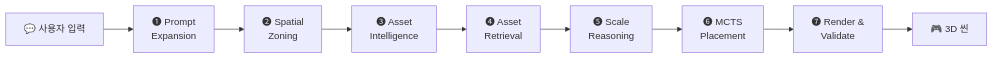
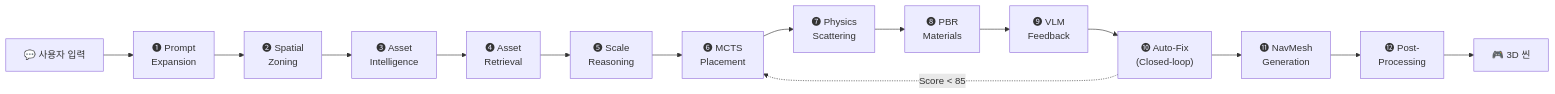
The third of 3 diagrams in README.md (Yesol-Pilot/WebPilot-Engine), drawn with Mermaid before and after one commit. The commit also changed other lines of this file and 46 other files, not shown here.

````diff
--- a/README.md
+++ b/README.md
@@ -142,11 +147,17 @@
 ```mermaid
 graph LR
     INPUT["💬 사용자 입력"] --> S1
     S1["❶ Prompt<br/>Expansion"] --> S2["❷ Spatial<br/>Zoning"]
     S2 --> S3["❸ Asset<br/>Intelligence"]
     S3 --> S4["❹ Asset<br/>Retrieval"]
     S4 --> S5["❺ Scale<br/>Reasoning"]
     S5 --> S6["❻ MCTS<br/>Placement"]
-    S6 --> S7["❼ Render &<br/>Validate"]
-    S7 --> OUTPUT["🎮 3D 씬"]
+    S6 --> S7["❼ Physics<br/>Scattering"]
+    S7 --> S8["❽ PBR<br/>Materials"]
+    S8 --> S9["❾ VLM<br/>Feedback"]
+    S9 --> S10["❿ Auto-Fix<br/>(Closed-loop)"]
+    S10 --> S11["⓫ NavMesh<br/>Generation"]
+    S11 --> S12["⓬ Post-<br/>Processing"]
+    S12 --> OUTPUT["🎮 3D 씬"]
+    S10 -.->|"Score < 85"| S6
 ```
````
